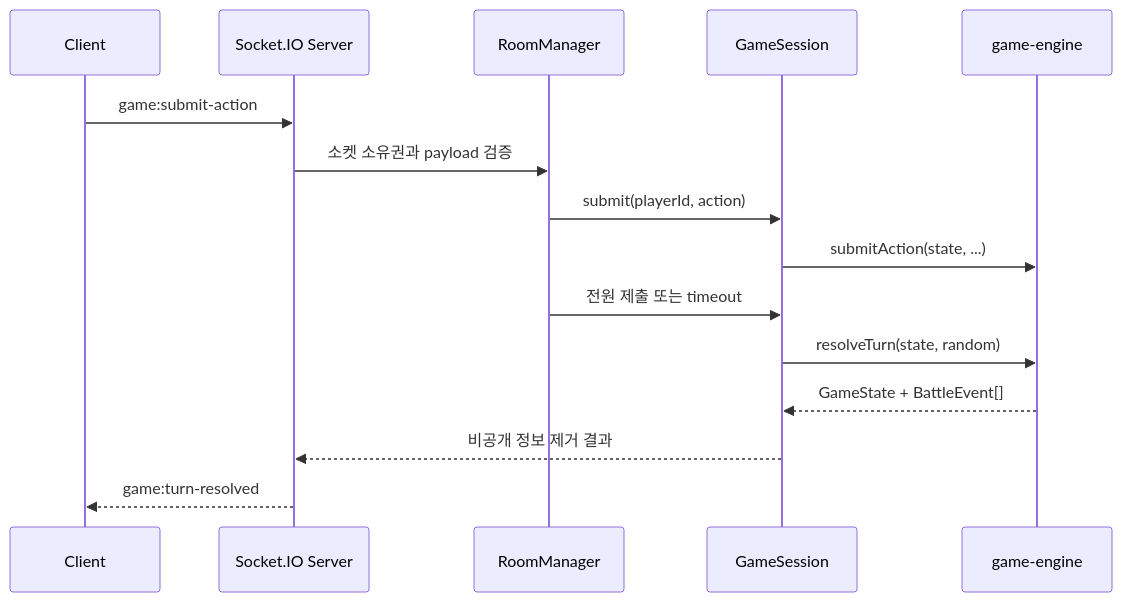
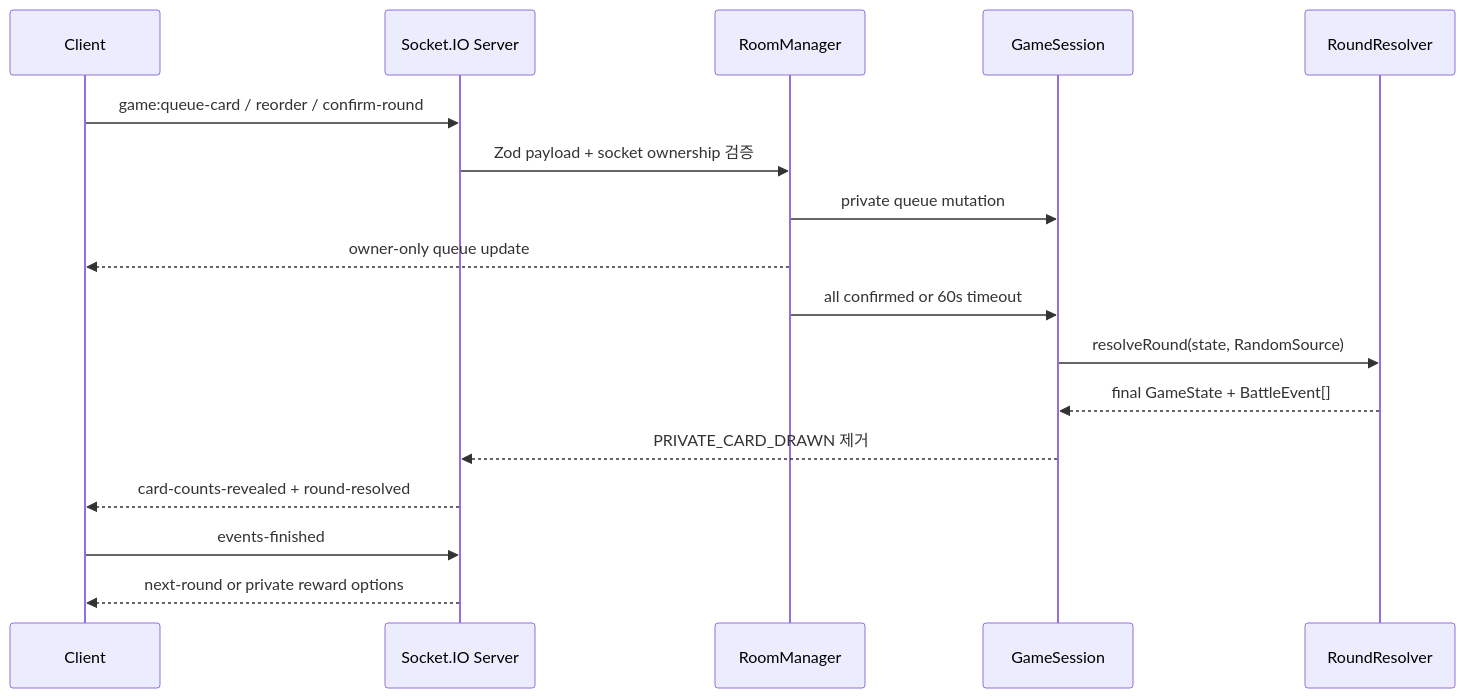
Before and after one commit to Ressurd/blind-turn: the diagram in docs/ARCHITECTURE.md, drawn with Mermaid. The commit also changed other lines of this file and 52 other files, not shown here.

````diff
--- a/docs/ARCHITECTURE.md
+++ b/docs/ARCHITECTURE.md
@@ -17,17 +15,19 @@
 ```mermaid
 sequenceDiagram
   participant C as Client
   participant S as Socket.IO Server
   participant R as RoomManager
   participant G as GameSession
-  participant E as game-engine
-  C->>S: game:submit-action
-  S->>R: 소켓 소유권과 payload 검증
-  R->>G: submit(playerId, action)
-  G->>E: submitAction(state, ...)
-  R->>G: 전원 제출 또는 timeout
-  G->>E: resolveTurn(state, random)
-  E-->>G: GameState + BattleEvent[]
-  G-->>S: 비공개 정보 제거 결과
-  S-->>C: game:turn-resolved
+  participant E as RoundResolver
+  C->>S: game:queue-card / reorder / confirm-round
+  S->>R: Zod payload + socket ownership 검증
+  R->>G: private queue mutation
+  R-->>C: owner-only queue update
+  R->>G: all confirmed or 60s timeout
+  G->>E: resolveRound(state, RandomSource)
+  E-->>G: final GameState + BattleEvent[]
+  G-->>S: PRIVATE_CARD_DRAWN 제거
+  S-->>C: card-counts-revealed + round-resolved
+  C->>S: events-finished
+  S-->>C: next-round or private reward options
 ```
````
